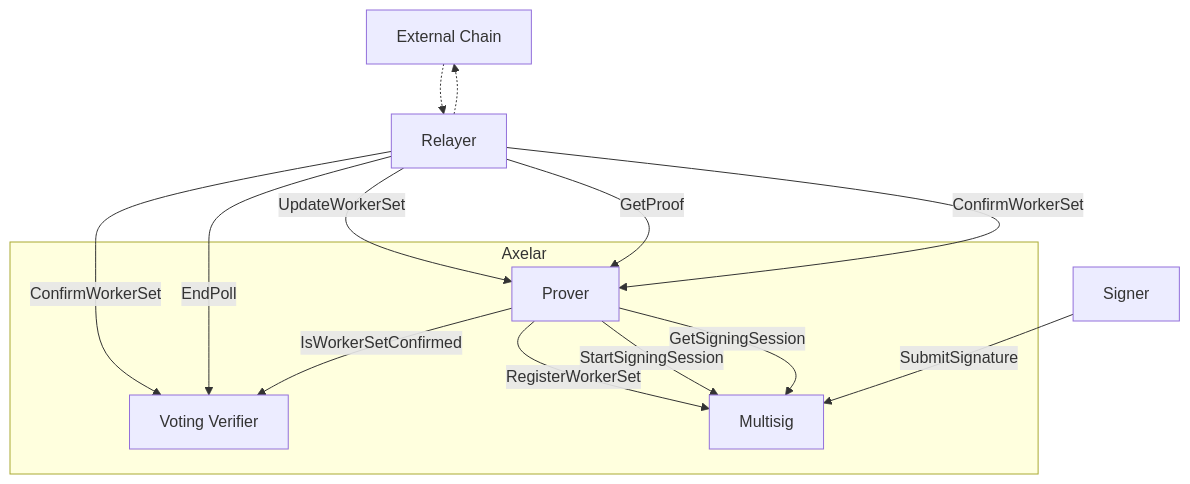
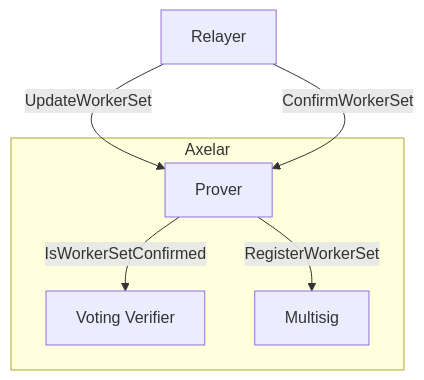
The third of 4 diagrams in doc/src/contracts/multisig_prover.md (axelarnetwork/axelar-amplifier), drawn with Mermaid before and after one commit.

Commit message:
simplify graphs

````diff
--- a/doc/src/contracts/multisig_prover.md
+++ b/doc/src/contracts/multisig_prover.md
@@ -131,25 +131,15 @@
 ```mermaid
 graph TD
 
-e[External Chain]
 r[Relayer]
 subgraph Axelar
 b[Prover]
 v[Voting Verifier]
 m[Multisig]
 end
-s[Signer]
 
 r--UpdateWorkerSet-->b
 b--RegisterWorkerSet-->m
-b--StartSigningSession-->m
-r--GetProof-->b
-b--GetSigningSession-->m
-s--SubmitSignature-->m
-r-.->e
-e-.->r
-r--ConfirmWorkerSet-->v
-r--EndPoll-->v
 r--ConfirmWorkerSet-->b
 b--IsWorkerSetConfirmed-->v
 ```
````
